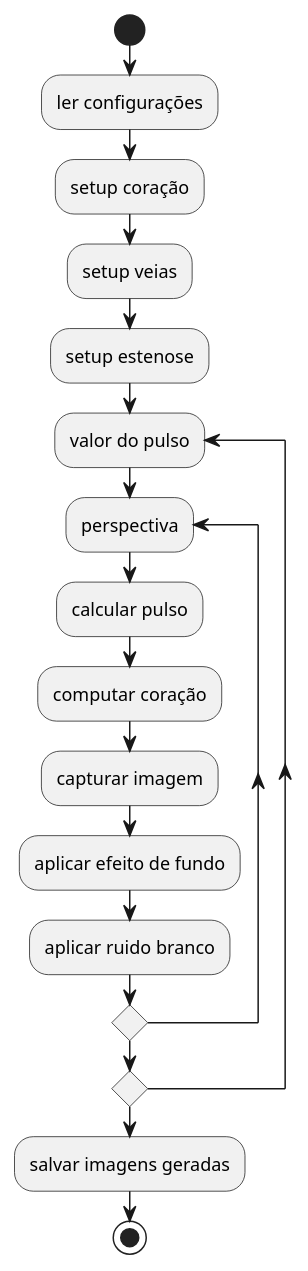
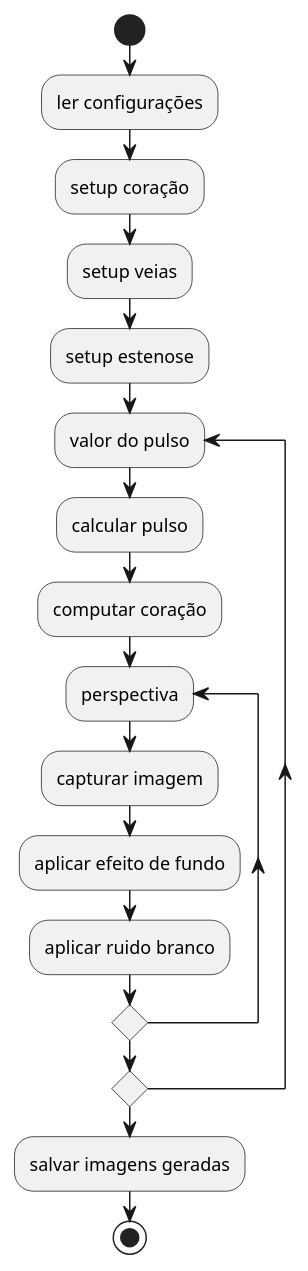
The diagram in src/diagramaDeAtividade.puml (caetanope/angio3d), drawn with PlantUML before and after one commit. The commit also changed 2 other files, not shown here.

Commit message:
diagrama de atividade

```diff
--- a/src/diagramaDeAtividade.puml
+++ b/src/diagramaDeAtividade.puml
@@ -1,24 +1,24 @@
 @startuml diagramaDeAtividade
 
 start
 
 :ler configurações;
 :setup coração;
 :setup veias;
 :setup estenose;
 
 repeat :valor do pulso
+    :calcular pulso;
+    :computar coração;
     repeat :perspectiva
-        :calcular pulso;
-        :computar coração;
         :capturar imagem;
         :aplicar efeito de fundo;
         :aplicar ruido branco;
     repeat while
 repeat while
 
 :salvar imagens geradas;
 
 stop
 
 @enduml
```
